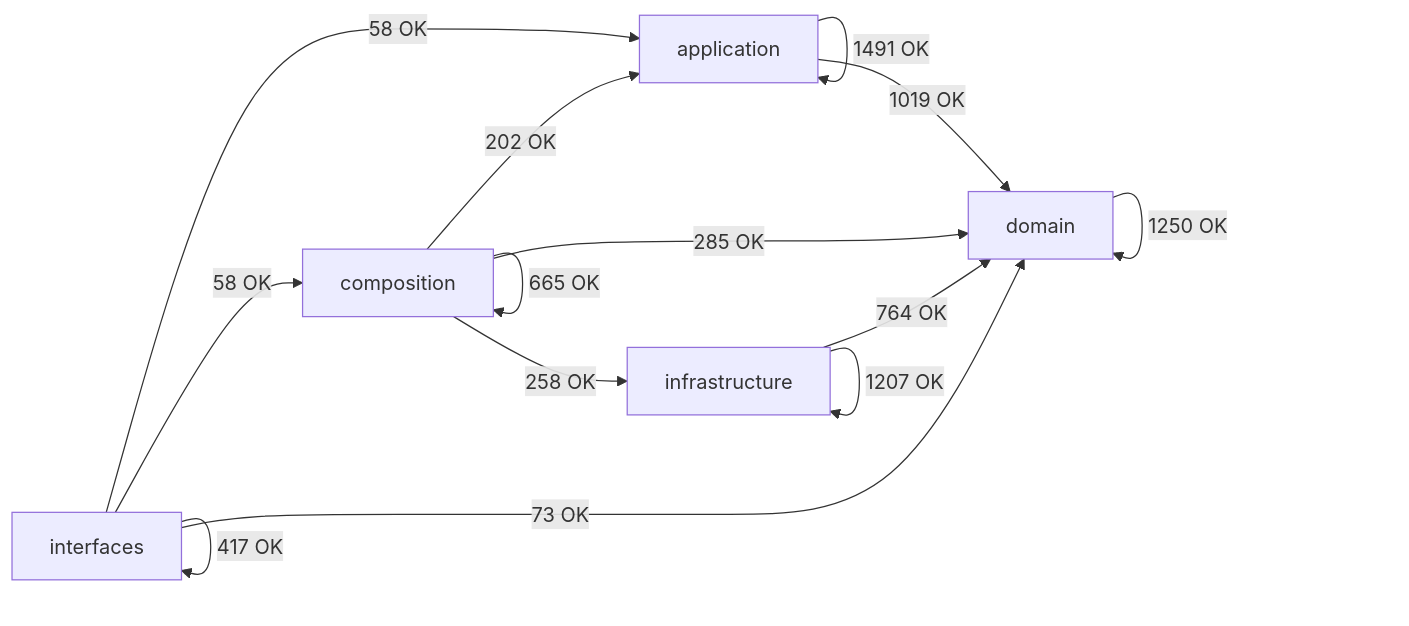
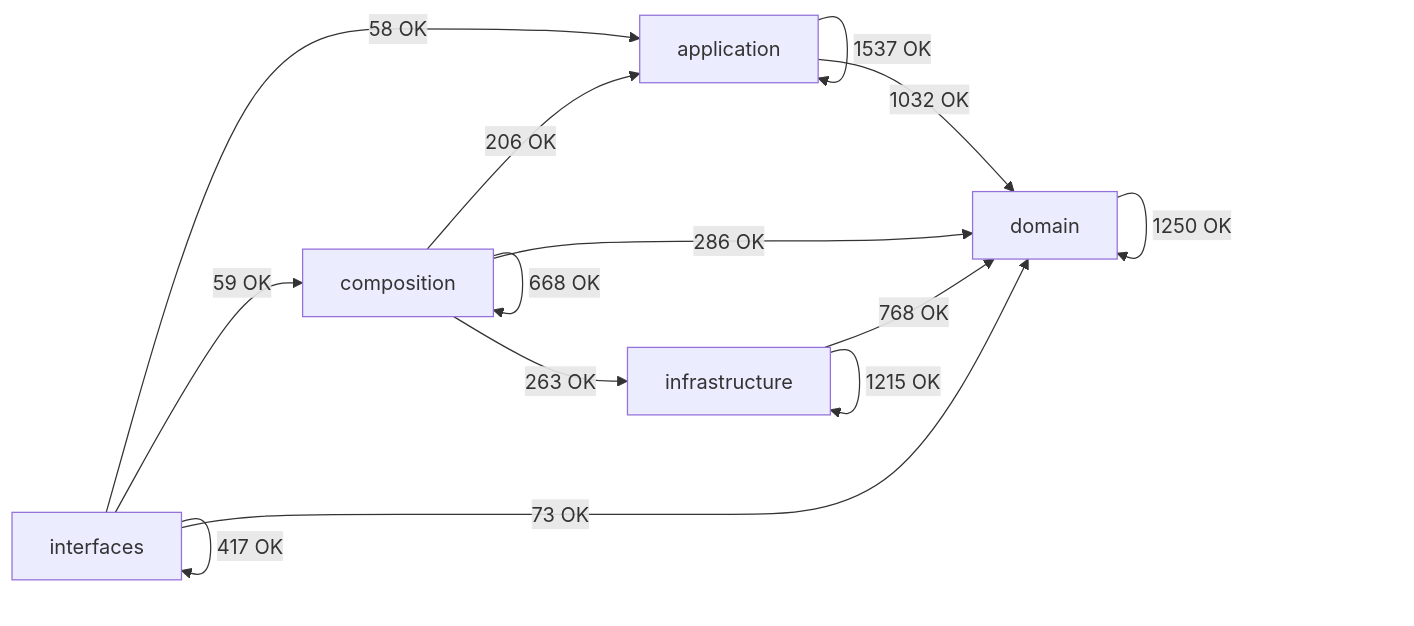
One commit to SatoryKono/BioactivityDataAcquisition changed the diagram in docs/02-architecture/generated/module-dependency-map.md. Above: the diagram before and after it, drawn with Mermaid. The commit also changed other lines of this file and 18 other files, not shown here.

````diff
--- a/docs/02-architecture/generated/module-dependency-map.md
+++ b/docs/02-architecture/generated/module-dependency-map.md
@@ -17,21 +17,21 @@
 ```mermaid
 flowchart LR
     domain[domain]
     application[application]
     infrastructure[infrastructure]
     composition[composition]
     interfaces[interfaces]
-    application -->|1491 OK| application
-    application -->|1019 OK| domain
-    composition -->|202 OK| application
-    composition -->|665 OK| composition
-    composition -->|285 OK| domain
-    composition -->|258 OK| infrastructure
+    application -->|1537 OK| application
+    application -->|1032 OK| domain
+    composition -->|206 OK| application
+    composition -->|668 OK| composition
+    composition -->|286 OK| domain
+    composition -->|263 OK| infrastructure
     domain -->|1250 OK| domain
-    infrastructure -->|764 OK| domain
-    infrastructure -->|1207 OK| infrastructure
+    infrastructure -->|768 OK| domain
+    infrastructure -->|1215 OK| infrastructure
     interfaces -->|58 OK| application
-    interfaces -->|58 OK| composition
+    interfaces -->|59 OK| composition
     interfaces -->|73 OK| domain
     interfaces -->|417 OK| interfaces
 ```
````
